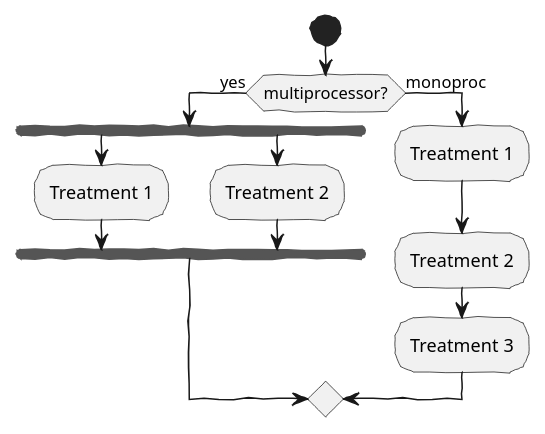
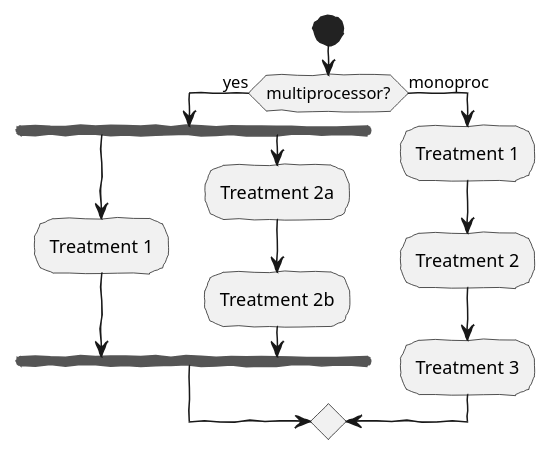
Before and after one commit to hsa1970/hello-world: the diagram in hud.puml, drawn with PlantUML.

```diff
--- a/hud.puml
+++ b/hud.puml
@@ -1,15 +1,16 @@
 @startuml
 skinparam handwritten true
 start
 if (multiprocessor?) then (yes)
   fork
     :Treatment 1;
   fork again
-    :Treatment 2;
+    :Treatment 2a;
+    :Treatment 2b;
   end fork
 else (monoproc)
   :Treatment 1;
   :Treatment 2;
   :Treatment 3;  
 endif
 @enduml
```
